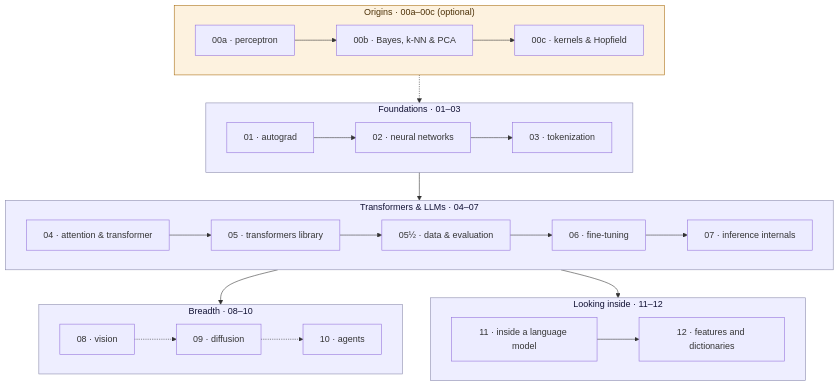
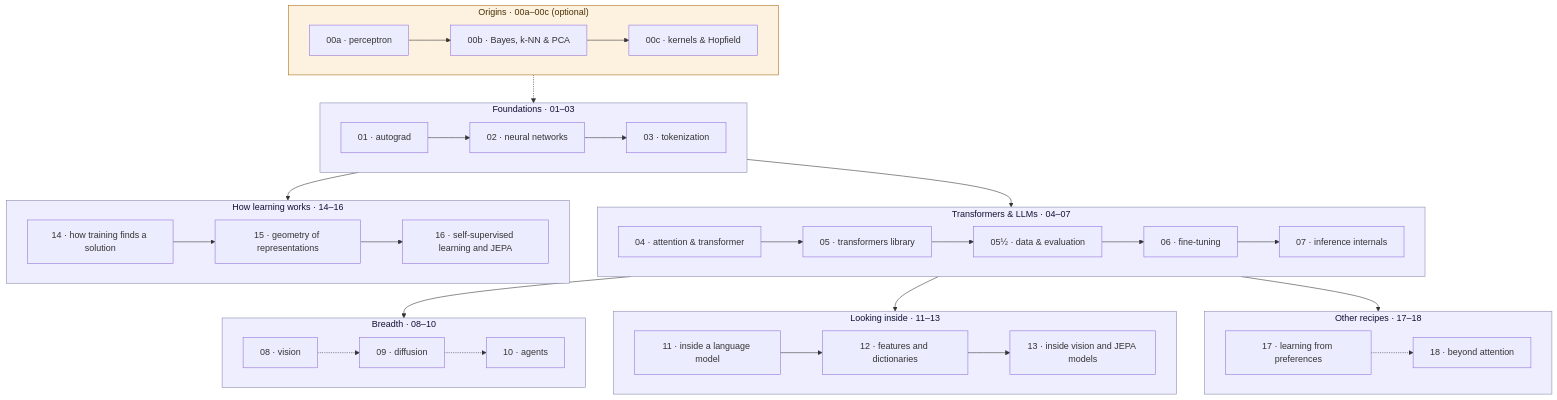
Before and after one commit to wynch/ml-course: the diagram in README.md, drawn with Mermaid. The commit also changed other lines of this file and 230 other files, not shown here.

````diff
--- a/README.md
+++ b/README.md
@@ -59,31 +59,45 @@
 ```mermaid
 flowchart TD
     subgraph O["Origins · 00a–00c (optional)"]
         M00A["00a · perceptron"] --> M00B["00b · Bayes, k-NN & PCA"] --> M00C["00c · kernels & Hopfield"]
     end
     subgraph F["Foundations · 01–03"]
         M01["01 · autograd"] --> M02["02 · neural networks"] --> M03["03 · tokenization"]
     end
     subgraph T["Transformers & LLMs · 04–07"]
         M04["04 · attention & transformer"] --> M05["05 · transformers library"] --> M05A["05½ · data & evaluation"] --> M06["06 · fine-tuning"] --> M07["07 · inference internals"]
     end
     subgraph B["Breadth · 08–10"]
         M08["08 · vision"]
         M09["09 · diffusion"]
         M10["10 · agents"]
     end
-    subgraph L["Looking inside · 11–12"]
+    subgraph L["Looking inside · 11–13"]
         M11["11 · inside a language model"]
         M12["12 · features and dictionaries"]
+        M13["13 · inside vision and JEPA models"]
+    end
+    subgraph H["How learning works · 14–16"]
+        M14["14 · how training finds a solution"]
+        M15["15 · geometry of representations"]
+        M16["16 · self-supervised learning and JEPA"]
+    end
+    subgraph R["Other recipes · 17–18"]
+        M17["17 · learning from preferences"]
+        M18["18 · beyond attention"]
     end
     O -.-> F
     F --> T --> B
     T --> L
+    F --> H
+    T --> R
     M08 -.-> M09 -.-> M10
-    M11 --> M12
+    M11 --> M12 --> M13
+    M14 --> M15 --> M16
+    M17 -.-> M18
 
     classDef track fill:#eef,stroke:#88a,color:#113;
     classDef origins fill:#fdf2df,stroke:#a86b0e,color:#4a2f05;
-    class F,T,B,L track;
+    class F,T,B,L,H,R track;
     class O origins;
 ```
````
